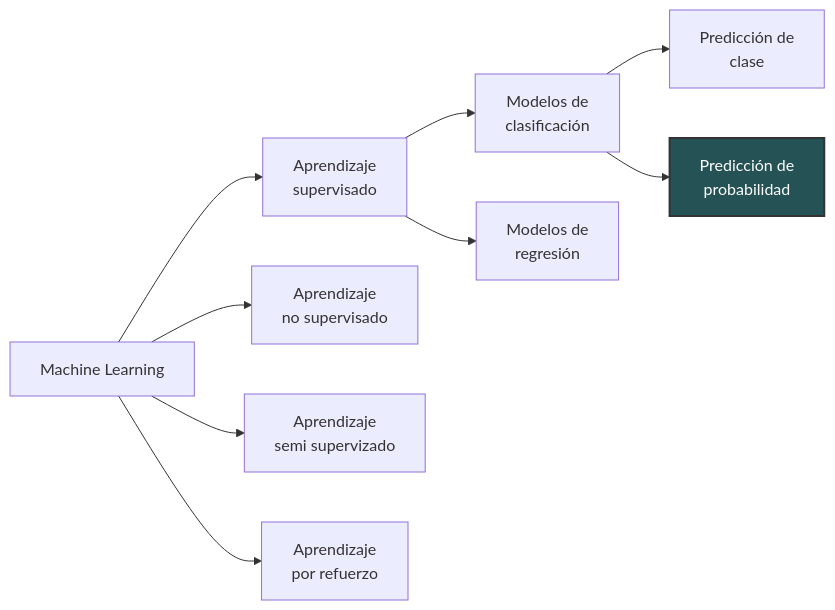
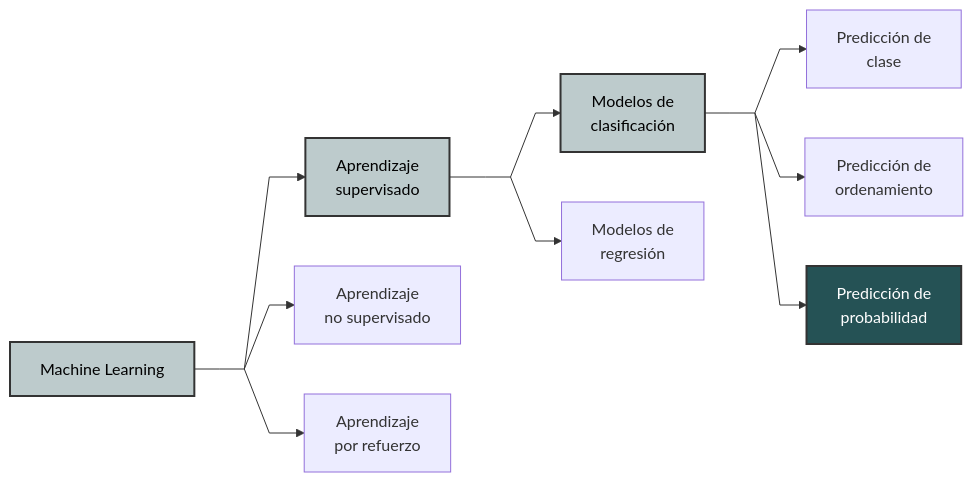
One commit to karbartolome/workshops changed the first of 2 diagrams in 01_ml/01_clasificacion/01_calibracion/01_calibration_slides.qmd. Above: the diagram before and after it, drawn with Mermaid. The commit also changed other lines of this file and 6 other files, not shown here.

````diff
--- a/01_ml/01_clasificacion/01_calibracion/01_calibration_slides.qmd
+++ b/01_ml/01_clasificacion/01_calibracion/01_calibration_slides.qmd
@@ -143,26 +144,40 @@
 ```{mermaid}
+%%| fig-cap: "Tipos de modelos de aprendizaje automático"
+%%| label: fig-ml-types
+%%{init: {'flowchart' : {'curve' : 'linear'}}}%%
+
 flowchart LR
-    ml[Machine Learning]
-    supervised[Aprendizaje <br> supervisado]
+    ml[Machine Learning]:::greenclass1
+    supervised[Aprendizaje <br> supervisado]:::greenclass1
     unsupervised[Aprendizaje <br> no supervisado]
-    semisupervised[Aprendizaje <br> semi supervizado]
     reinforce[Aprendizaje <br> por refuerzo]
 
-    ml_clf[Modelos de <br>clasificación]
+    ml_clf[Modelos de <br>clasificación]:::greenclass1
     ml_reg[Modelos de <br>regresión]
     ml_clfclass[Predicción de<br>clase]
-    ml_clfprob[Predicción de <br>probabilidad]:::redclass
+    ml_clfrank[Predicción de<br>ordenamiento]
+    ml_clfprob[Predicción de <br>probabilidad]:::greenclass2
 
-    ml-->supervised
-    ml-->unsupervised
-    ml-->semisupervised
-    ml-->reinforce
+    ml---temp1[ ]
 
-    supervised-->ml_clf
-    supervised-->ml_reg
-    ml_clf-->ml_clfclass
-    ml_clf-->ml_clfprob
+    temp1-->supervised
+    temp1-->unsupervised
+    temp1-->reinforce
 
-    classDef redclass fill:#255255,stroke:#333,stroke-width:2px,color:white;
-    classDef blueclass fill:#BDCBCC,stroke:#333,stroke-width:2px,color:white;
+    supervised---temp2[ ]
+
+    temp2-->ml_clf
+    temp2-->ml_reg
+
+    ml_clf---temp3[ ]
+
+    temp3-->ml_clfclass
+    temp3-->ml_clfrank
+    temp3-->ml_clfprob
+
+    classDef greenclass2 fill:#255255,stroke:#333,stroke-width:2px,color:white;
+    classDef greenclass1 fill:#BDCBCC,stroke:#333,stroke-width:2px,color:black;
+    style temp1 fill:#FFFFFF00,stroke:#FFFFFF00,height:0px,width:0px;
+    style temp2 fill:#FFFFFF00,stroke:#FFFFFF00,height:0px,width:0px;
+    style temp3 fill:#FFFFFF00,stroke:#FFFFFF00,height:0px,width:0px;
 ```
````
